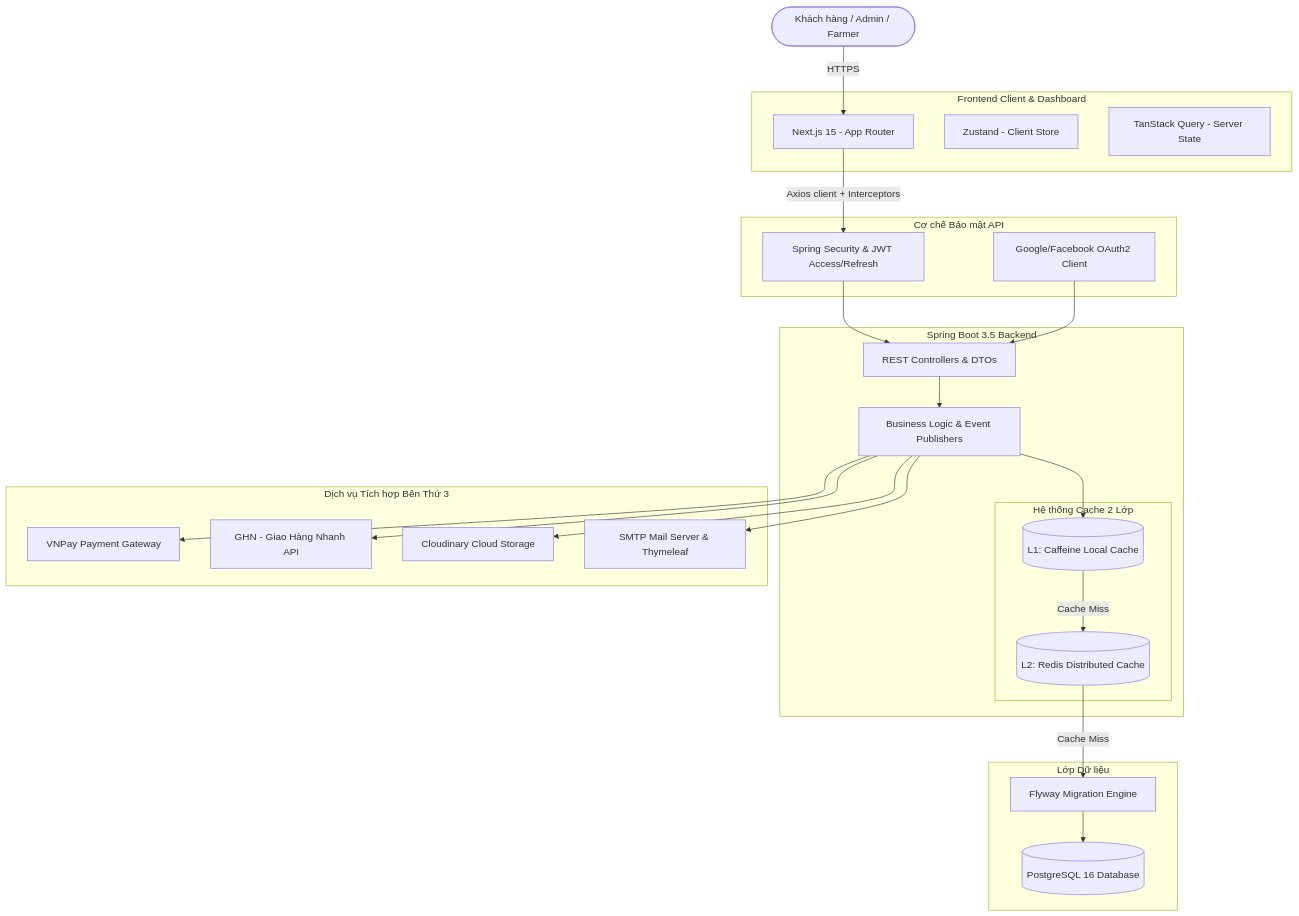
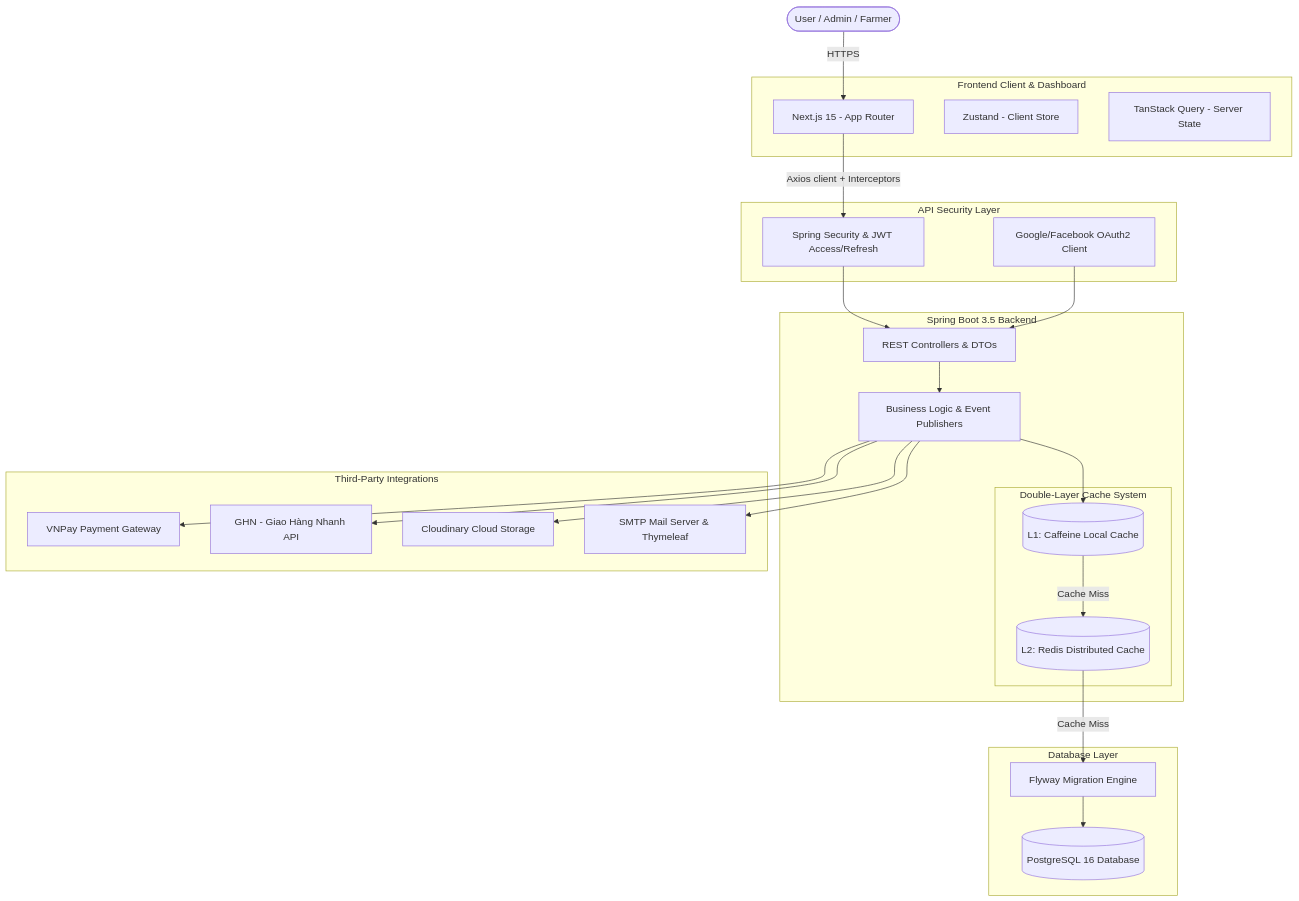
The diagram in README.md (TDKhoa2712/Pineapple_E-commerce), drawn with Mermaid before and after one commit. The commit also changed other lines of this file and 5 other files, not shown here.

````diff
--- a/README.md
+++ b/README.md
@@ -19,61 +19,61 @@
 ```mermaid
 graph TD
     %% Clients
-    User([Khách hàng / Admin / Farmer])
+    User([User / Admin / Farmer])
     
     %% Frontend (Next.js)
     subgraph Frontend_App [Frontend Client & Dashboard]
         NextJS[Next.js 15 - App Router]
         Zustand[Zustand - Client Store]
         Query[TanStack Query - Server State]
     end
 
     %% Security & Gateway
-    subgraph Security_Layer [Cơ chế Bảo mật API]
+    subgraph Security_Layer [API Security Layer]
         JWT[Spring Security & JWT Access/Refresh]
         OAuth2[Google/Facebook OAuth2 Client]
     end
 
     %% Backend (Spring Boot)
     subgraph Backend_App [Spring Boot 3.5 Backend]
         Controller[REST Controllers & DTOs]
         Service[Business Logic & Event Publishers]
         
         %% Cache System
-        subgraph Cache_System [Hệ thống Cache 2 Lớp]
+        subgraph Cache_System [Double-Layer Cache System]
             L1_Cache[(L1: Caffeine Local Cache)]
             L2_Cache[(L2: Redis Distributed Cache)]
         end
     end
 
     %% Third-party Integrations
-    subgraph Third_Party [Dịch vụ Tích hợp Bên Thứ 3]
+    subgraph Third_Party [Third-Party Integrations]
         VNPay[VNPay Payment Gateway]
         GHN[GHN - Giao Hàng Nhanh API]
         Cloudinary[Cloudinary Cloud Storage]
         Mail[SMTP Mail Server & Thymeleaf]
     end
 
     %% Databases
-    subgraph Database_Layer [Lớp Dữ liệu]
+    subgraph Database_Layer [Database Layer]
         Flyway[Flyway Migration Engine]
         Postgres[(PostgreSQL 16 Database)]
     end
 
     %% Connections
     User -->|HTTPS| NextJS
     NextJS -->|Axios client + Interceptors| JWT
     JWT --> Controller
     OAuth2 --> Controller
     Controller --> Service
     Service --> L1_Cache
     L1_Cache -->|Cache Miss| L2_Cache
     L2_Cache -->|Cache Miss| Flyway
     Flyway --> Postgres
     
     %% Backend to Integrations
     Service --> VNPay
     Service --> GHN
     Service --> Cloudinary
     Service --> Mail
 ```
````
